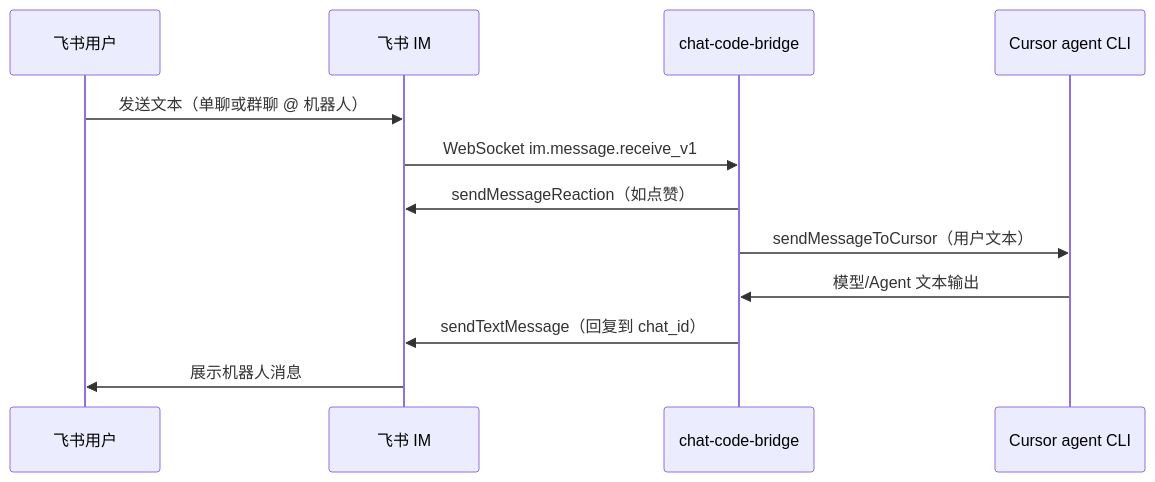
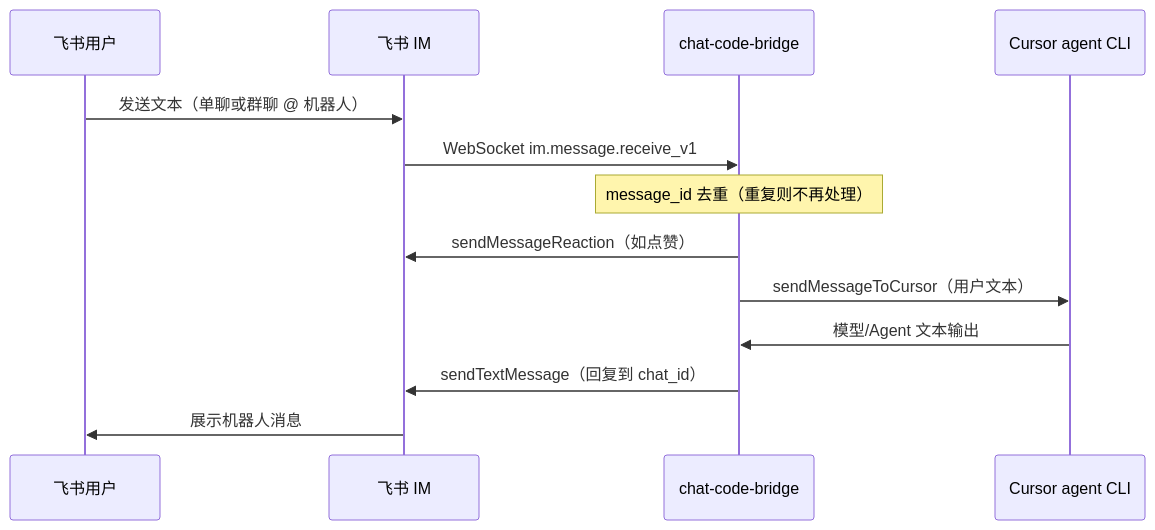
Before and after one commit to shangguanjunwei/chat2: the second of 2 diagrams in README.md, drawn with Mermaid. The commit also changed other lines of this file, not shown here.

Commit message:
Enhance README.md by adding a summary of the data flow section, detailing the message ID deduplication process in the Feishu message listener, and updating sequence diagrams for clarity. Align content with the implementation in `src/chatApp/feishu/index.js` and `src/aiCode/cursor/index.js`.

````diff
--- a/README.md
+++ b/README.md
@@ -117,15 +123,16 @@
 ```mermaid
 sequenceDiagram
   participant U as 飞书用户
   participant Lark as 飞书 IM
   participant App as chat-code-bridge
   participant Agent as Cursor agent CLI
 
   U->>Lark: 发送文本（单聊或群聊 @ 机器人）
   Lark->>App: WebSocket im.message.receive_v1
+  Note over App: message_id 去重（重复则不再处理）
   App->>Lark: sendMessageReaction（如点赞）
   App->>Agent: sendMessageToCursor（用户文本）
   Agent->>App: 模型/Agent 文本输出
   App->>Lark: sendTextMessage（回复到 chat_id）
   Lark->>U: 展示机器人消息
 ```
````
